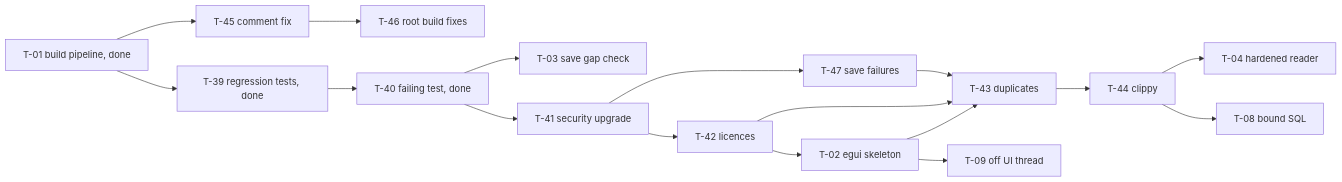
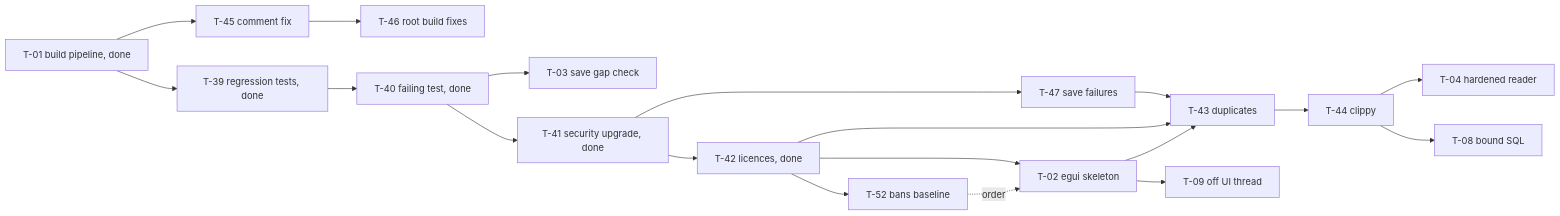
The second of 3 diagrams in gui_editor/docs/PLAN.md (hpepper/idea-to-product), drawn with Mermaid before and after one commit. The commit also changed other lines of this file and 2 other files, not shown here.

````diff
--- a/gui_editor/docs/PLAN.md
+++ b/gui_editor/docs/PLAN.md
@@ -343,19 +356,21 @@
 ```mermaid
 flowchart LR
   T01[T-01 build pipeline, done] --> T39[T-39 regression tests, done]
   T01 --> T45[T-45 comment fix]
   T45 --> T46[T-46 root build fixes]
   T39 --> T40[T-40 failing test, done]
   T40 --> T03[T-03 save gap check]
-  T40 --> T41[T-41 security upgrade]
-  T41 --> T42[T-42 licences]
+  T40 --> T41[T-41 security upgrade, done]
+  T41 --> T42[T-42 licences, done]
   T41 --> T47[T-47 save failures]
+  T42 --> T52[T-52 bans baseline]
+  T52 -. order .-> T02
   T42 --> T02[T-02 egui skeleton]
   T02 --> T43[T-43 duplicates]
   T42 --> T43
   T47 --> T43
   T43 --> T44[T-44 clippy]
   T44 --> T04[T-04 hardened reader]
   T44 --> T08[T-08 bound SQL]
   T02 --> T09[T-09 off UI thread]
 ```
````
